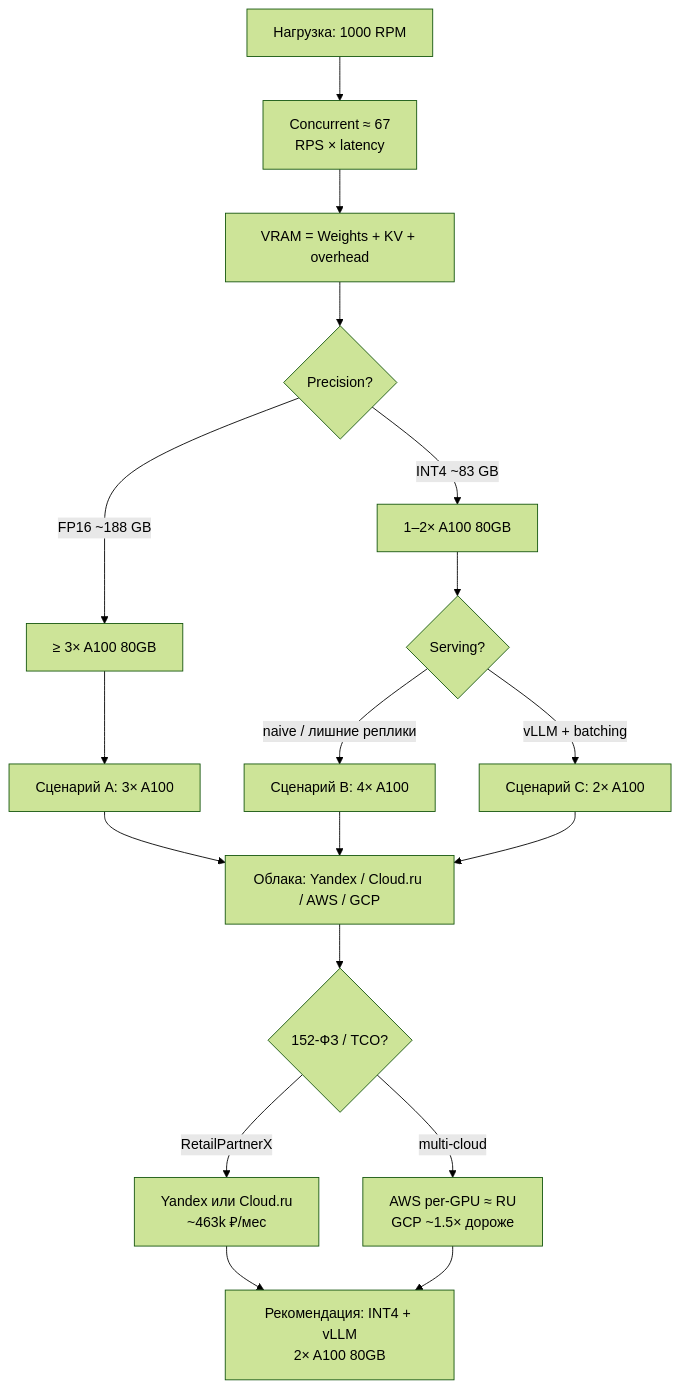
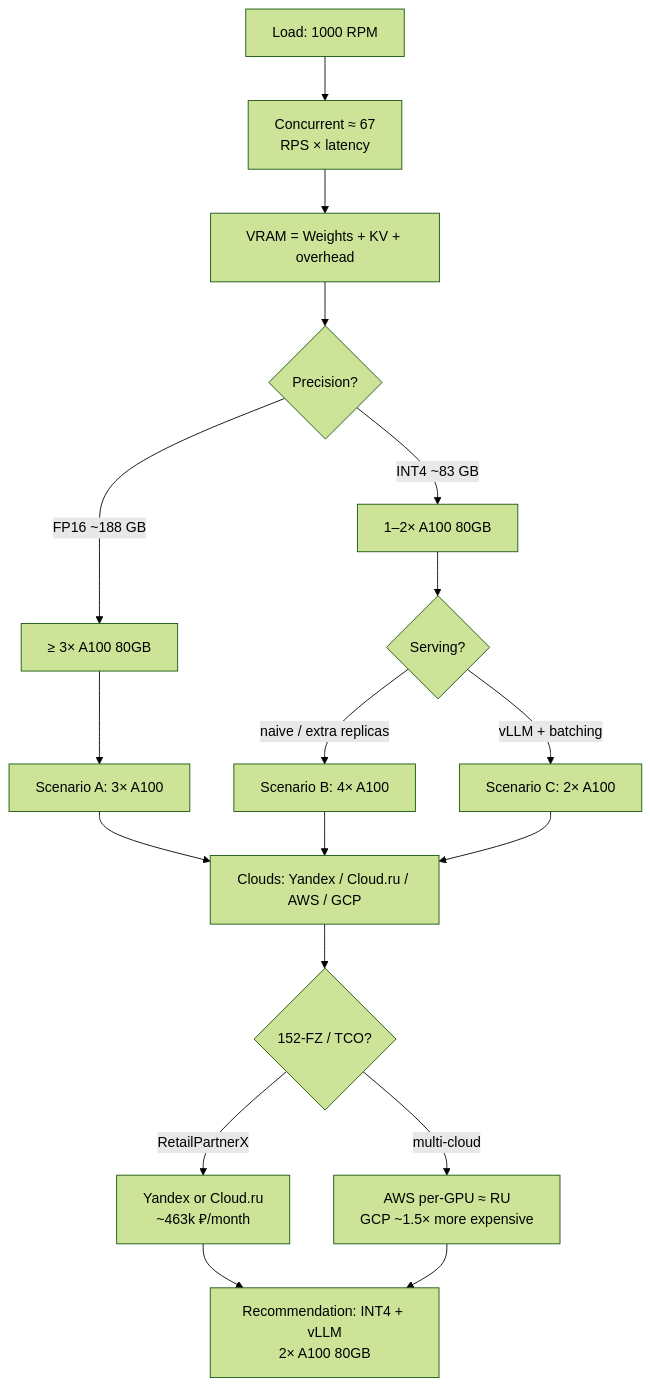
Before and after one commit to YuesIt17/yuit-docs-ai-architect: the diagram in hw-7/docs/inference-sizing.md, drawn with Mermaid (forest theme). The commit also changed other lines of this file and 53 other files, not shown here.

First line of the commit message:
docs: translate the remaining Russian text and diagrams to English

````diff
--- a/hw-7/docs/inference-sizing.md
+++ b/hw-7/docs/inference-sizing.md
@@ -21,20 +21,20 @@
 ```mermaid
 flowchart TD
-  load["Нагрузка: 1000 RPM"] --> concurrent["Concurrent ≈ 67<br/>RPS × latency"]
+  load["Load: 1000 RPM"] --> concurrent["Concurrent ≈ 67<br/>RPS × latency"]
   concurrent --> vram["VRAM = Weights + KV + overhead"]
   vram --> prec{"Precision?"}
   prec -->|FP16 ~188 GB| fp16["≥ 3× A100 80GB"]
   prec -->|INT4 ~83 GB| int4["1–2× A100 80GB"]
   int4 --> opt{"Serving?"}
-  opt -->|naive / лишние реплики| scenB["Сценарий B: 4× A100"]
-  opt -->|vLLM + batching| scenC["Сценарий C: 2× A100"]
-  fp16 --> scenA["Сценарий A: 3× A100"]
-  scenA --> clouds["Облака: Yandex / Cloud.ru / AWS / GCP"]
+  opt -->|naive / extra replicas| scenB["Scenario B: 4× A100"]
+  opt -->|vLLM + batching| scenC["Scenario C: 2× A100"]
+  fp16 --> scenA["Scenario A: 3× A100"]
+  scenA --> clouds["Clouds: Yandex / Cloud.ru / AWS / GCP"]
   scenB --> clouds
   scenC --> clouds
-  clouds --> pick{"152-ФЗ / TCO?"}
-  pick -->|RetailPartnerX| ru["Yandex или Cloud.ru<br/>~463k ₽/мес"]
-  pick -->|multi-cloud| global["AWS per-GPU ≈ RU<br/>GCP ~1.5× дороже"]
-  ru --> done["Рекомендация: INT4 + vLLM<br/>2× A100 80GB"]
+  clouds --> pick{"152-FZ / TCO?"}
+  pick -->|RetailPartnerX| ru["Yandex or Cloud.ru<br/>~463k ₽/month"]
+  pick -->|multi-cloud| global["AWS per-GPU ≈ RU<br/>GCP ~1.5× more expensive"]
+  ru --> done["Recommendation: INT4 + vLLM<br/>2× A100 80GB"]
   global --> done
 ```
````
